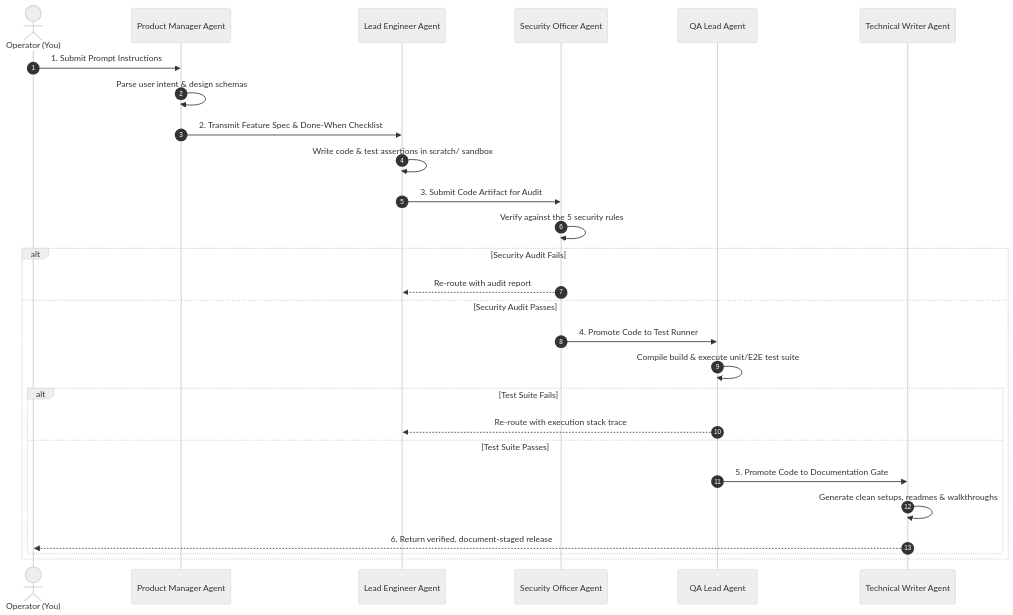
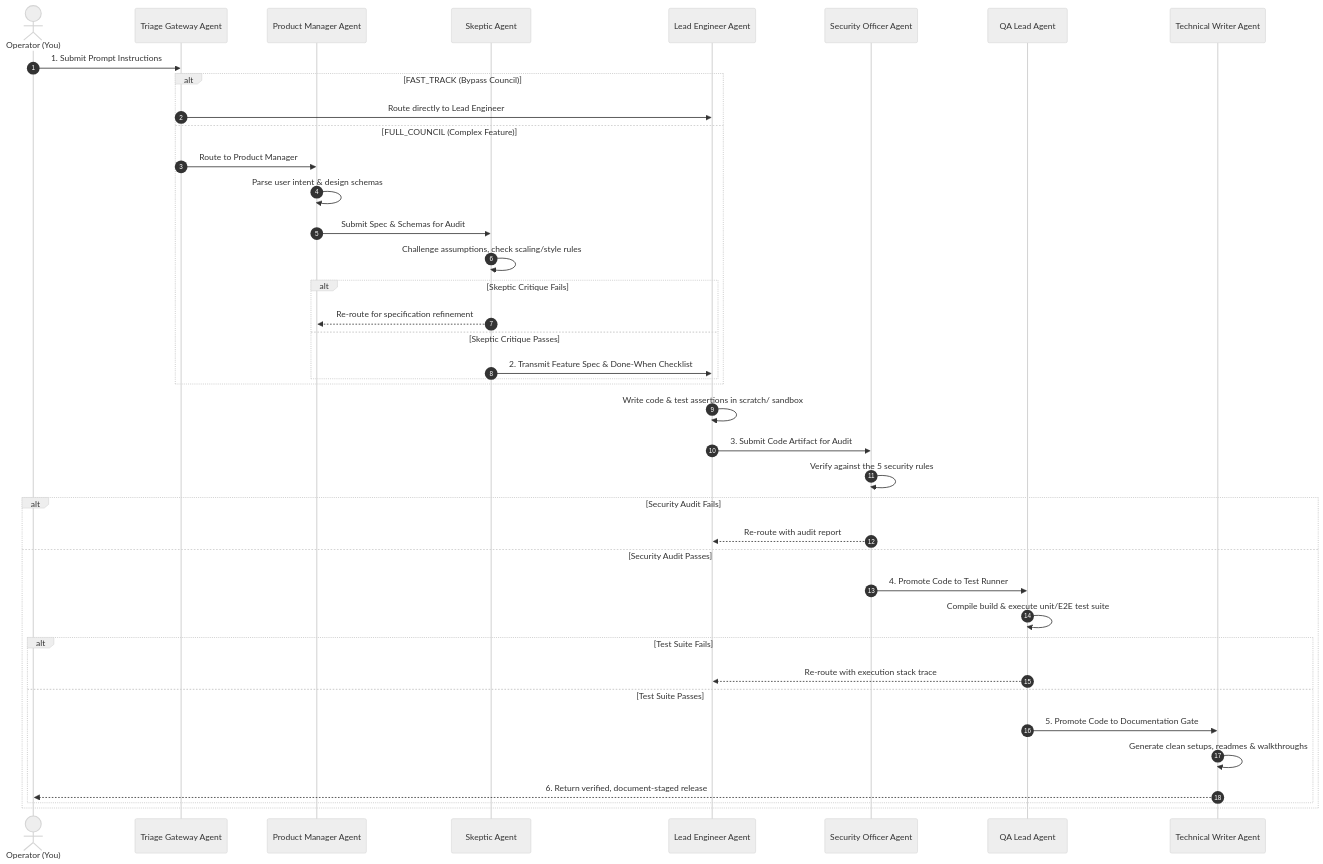
Before and after one commit to Royfinnest254/Vibe-Coding-pro-version: the second of 6 diagrams in README.md, drawn with Mermaid (neutral theme). The commit also changed other lines of this file and 3 other files, not shown here.

````diff
--- a/README.md
+++ b/README.md
@@ -41,30 +45,43 @@
 ```mermaid
 sequenceDiagram
     autonumber
     actor User as Operator (You)
+    participant TG as Triage Gateway Agent
     participant PM as Product Manager Agent
+    participant SKE as Skeptic Agent
     participant ENG as Lead Engineer Agent
     participant SEC as Security Officer Agent
     participant QA as QA Lead Agent
     participant TW as Technical Writer Agent
 
-    User->>PM: 1. Submit Prompt Instructions
-    PM->>PM: Parse user intent & design schemas
-    PM->>ENG: 2. Transmit Feature Spec & Done-When Checklist
+    User->>TG: 1. Submit Prompt Instructions
+    alt FAST_TRACK (Bypass Council)
+        TG->>ENG: Route directly to Lead Engineer
+    else FULL_COUNCIL (Complex Feature)
+        TG->>PM: Route to Product Manager
+        PM->>PM: Parse user intent & design schemas
+        PM->>SKE: Submit Spec & Schemas for Audit
+        SKE->>SKE: Challenge assumptions, check scaling/style rules
+        alt Skeptic Critique Fails
+            SKE-->>PM: Re-route for specification refinement
+        else Skeptic Critique Passes
+            SKE->>ENG: 2. Transmit Feature Spec & Done-When Checklist
+        end
+    end
     ENG->>ENG: Write code & test assertions in scratch/ sandbox
     ENG->>SEC: 3. Submit Code Artifact for Audit
     SEC->>SEC: Verify against the 5 security rules
     alt Security Audit Fails
         SEC-->>ENG: Re-route with audit report
     else Security Audit Passes
         SEC->>QA: 4. Promote Code to Test Runner
         QA->>QA: Compile build & execute unit/E2E test suite
         alt Test Suite Fails
             QA-->>ENG: Re-route with execution stack trace
         else Test Suite Passes
             QA->>TW: 5. Promote Code to Documentation Gate
             TW->>TW: Generate clean setups, readmes & walkthroughs
             TW-->>User: 6. Return verified, document-staged release
         end
     end
 ```
````
